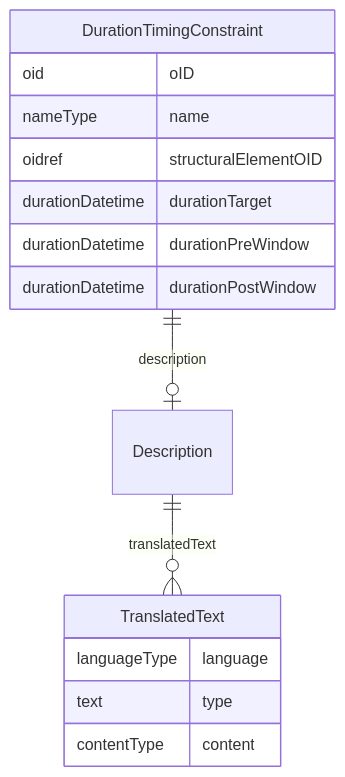
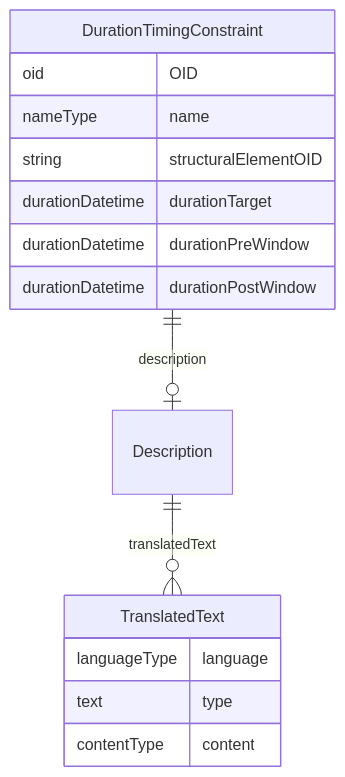
Before and after one commit to cdisc-org/DataExchange-ODM-LinkML: the diagram in docs/DurationTimingConstraint.md, drawn with Mermaid. The commit also changed other lines of this file and 338 other files, not shown here.

````diff
--- a/docs/DurationTimingConstraint.md
+++ b/docs/DurationTimingConstraint.md
@@ -11,23 +11,23 @@
 ```mermaid
 erDiagram
 DurationTimingConstraint {
-    oid oID  
+    oid OID  
     nameType name  
-    oidref structuralElementOID  
+    string structuralElementOID  
     durationDatetime durationTarget  
     durationDatetime durationPreWindow  
     durationDatetime durationPostWindow  
 }
 Description {
 
 }
 TranslatedText {
     languageType language  
     text type  
     contentType content  
 }
 
 DurationTimingConstraint ||--|o Description : "description"
 Description ||--}o TranslatedText : "translatedText"
 
 ```
````
